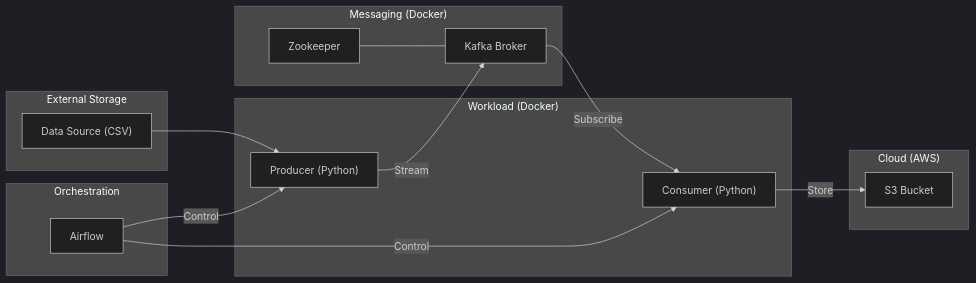
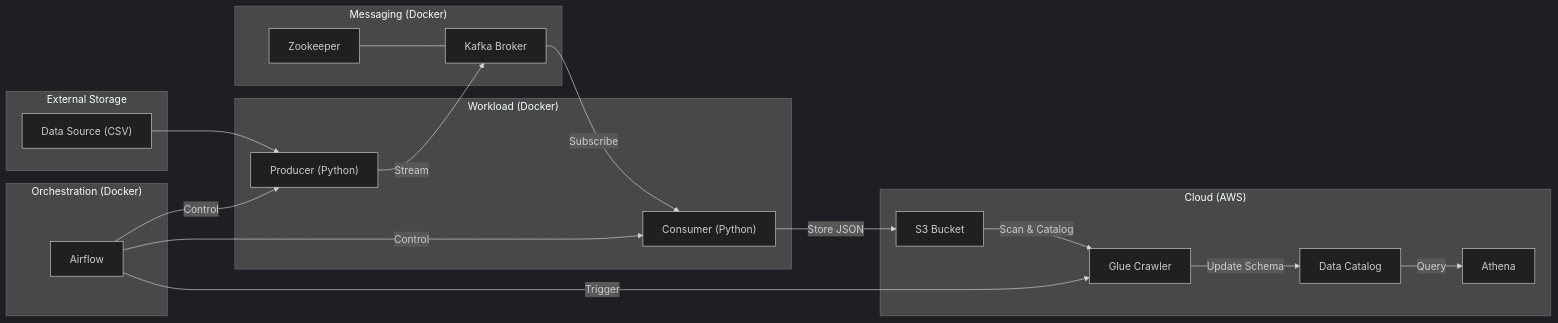
One commit to stevetran77/Stock-Market-Real-Time-Data-Analysis-Using-Kafka changed the diagram in README.md. Above: the diagram before and after it, drawn with Mermaid (dark theme). The commit also changed other lines of this file and 8 other files, not shown here.

Commit message:
feat: Integrate AWS Glue Crawler and Athena for data cataloging and querying, enhance Airflow orchestration, and update documentation.

````diff
--- a/README.md
+++ b/README.md
@@ -16,32 +19,39 @@
 ```mermaid
 graph LR
     subgraph "External Storage"
         CSV["Data Source (CSV)"]
     end
 
     subgraph "Workload (Docker)"
         PRD["Producer (Python)"]
         CNS["Consumer (Python)"]
     end
 
     subgraph "Messaging (Docker)"
         ZK["Zookeeper"]
         KFK["Kafka Broker"]
     end
 
     subgraph "Cloud (AWS)"
         S3["S3 Bucket"]
+        GC["Glue Crawler"]
+        DC["Data Catalog"]
+        ATH["Athena"]
     end
     
-    subgraph "Orchestration"
+    subgraph "Orchestration (Docker)"
         AIR["Airflow"]
     end
 
     CSV --> PRD
     PRD -- "Stream" --> KFK
     KFK -- "Subscribe" --> CNS
-    CNS -- "Store" --> S3
+    CNS -- "Store JSON" --> S3
+    S3 -- "Scan & Catalog" --> GC
+    GC -- "Update Schema" --> DC
+    DC -- "Query" --> ATH
     ZK --- KFK
     AIR -- "Control" --> PRD
     AIR -- "Control" --> CNS
+    AIR -- "Trigger" --> GC
 ```
````
